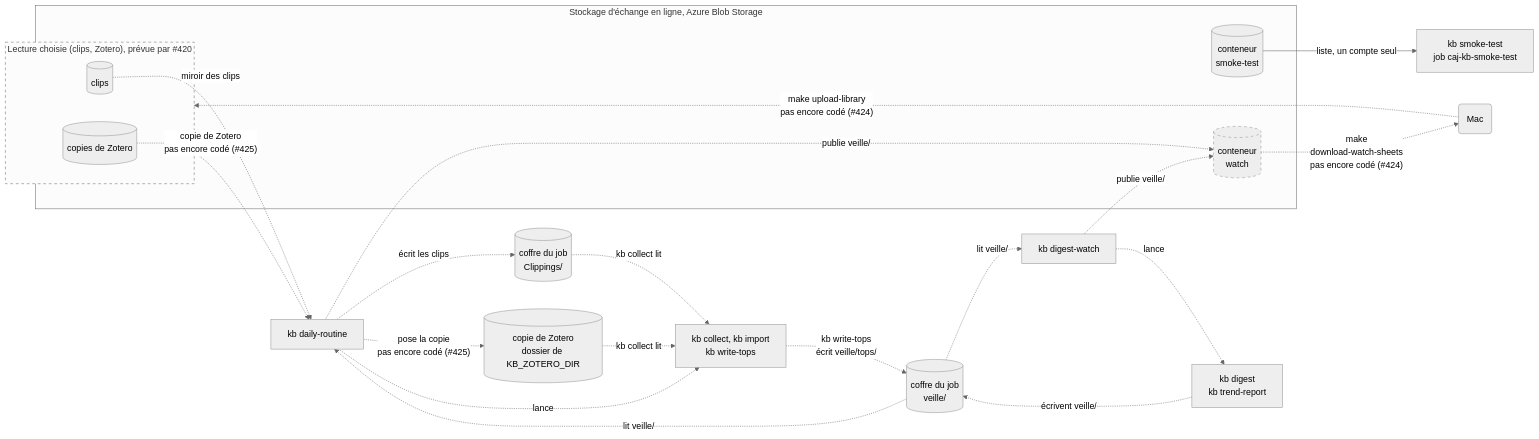
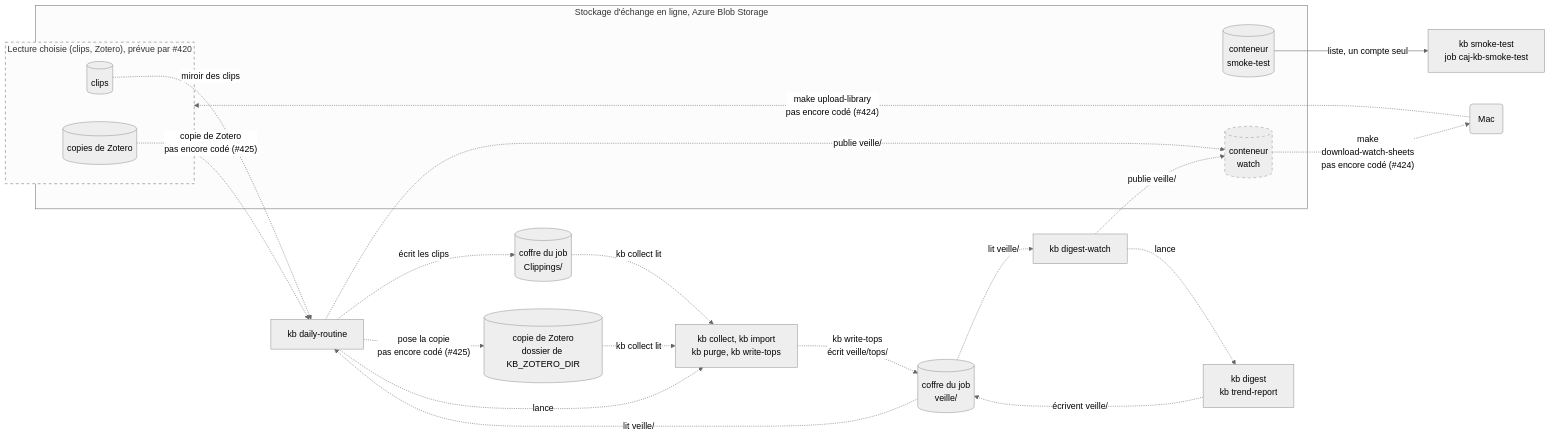
One commit to SabineLaurent/K-B changed the third of 4 diagrams in documentation/architecture_pour_docu.md. Above: the diagram before and after it, drawn with Mermaid (neutral theme). The commit also changed other lines of this file and 6 other files, not shown here.

Commit message:
docs: describe kb purge, out of kb import, in the README, the registry, the specs and the architecture sheet (issue 540)

````diff
--- a/documentation/architecture_pour_docu.md
+++ b/documentation/architecture_pour_docu.md
@@ -110,39 +114,39 @@
 ```mermaid
 flowchart LR
     subgraph exchange["Stockage d'échange en ligne, Azure Blob Storage"]
         smokeContainer[("conteneur<br>smoke-test")]
         subgraph choice["Lecture choisie (clips, Zotero), prévue par #420"]
             choiceClips[("clips")]
             choiceZotero[("copies de Zotero")]
         end
         watchContainer[("conteneur<br>watch")]
     end
     style choice stroke-dasharray: 5 5
     style watchContainer stroke-dasharray: 5 5
     mac("Mac")
     smokeTest["kb smoke-test<br>job caj-kb-smoke-test"]
     dailyRoutine["kb daily-routine"]
     digestWatch["kb digest-watch"]
     clippings[("coffre du job<br>Clippings/")]
     zotero[("copie de Zotero<br>dossier de KB_ZOTERO_DIR")]
     vault[("coffre du job<br>veille/")]
-    steps["kb collect, kb import<br>kb write-tops"]
+    steps["kb collect, kb import<br>kb purge, kb write-tops"]
     digestSteps["kb digest<br>kb trend-report"]
     smokeContainer -->|"liste, un compte seul"| smokeTest
     mac -.->|"make upload-library<br>pas encore codé (#424)"| choice
     choiceClips -.->|"miroir des clips"| dailyRoutine
     dailyRoutine -.->|"écrit les clips"| clippings
     choiceZotero -.->|"copie de Zotero<br>pas encore codé (#425)"| dailyRoutine
     dailyRoutine -.->|"pose la copie<br>pas encore codé (#425)"| zotero
     dailyRoutine -.->|"lance"| steps
     digestWatch -.->|"lance"| digestSteps
     clippings -.->|"kb collect lit"| steps
     zotero -.->|"kb collect lit"| steps
     steps -.->|"kb write-tops<br>écrit veille/tops/"| vault
     digestSteps -.->|"écrivent veille/"| vault
     vault -.->|"lit veille/"| dailyRoutine
     vault -.->|"lit veille/"| digestWatch
     dailyRoutine -.->|"publie veille/"| watchContainer
     digestWatch -.->|"publie veille/"| watchContainer
     watchContainer -.->|"make<br>download-watch-sheets<br>pas encore codé (#424)"| mac
 ```
````
